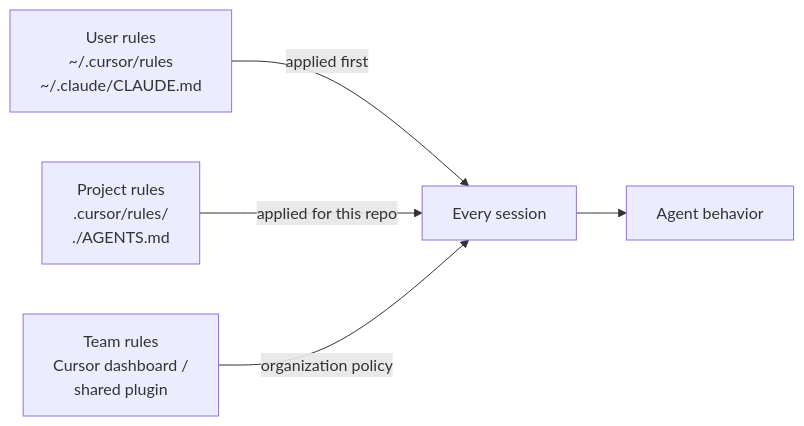
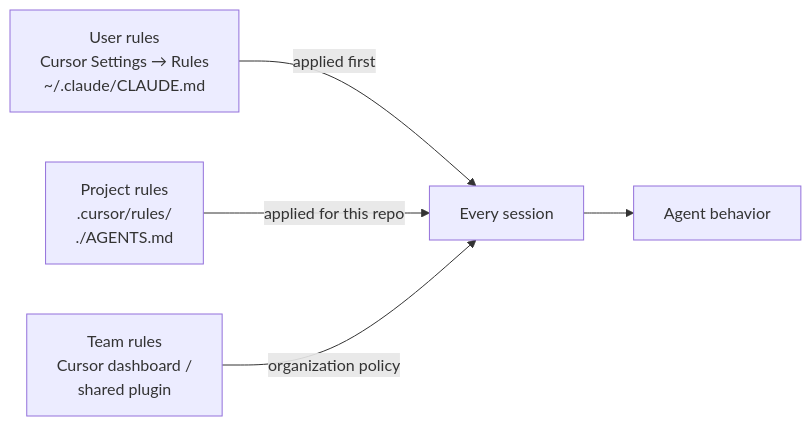
One commit to Isfhan/learn-agentic-coding changed the diagram in steps/07-rules-and-memory.md. Above: the diagram before and after it, drawn with Mermaid. The commit also changed other lines of this file and 41 other files, not shown here.

````diff
--- a/steps/07-rules-and-memory.md
+++ b/steps/07-rules-and-memory.md
@@ -37,7 +37,7 @@
 ```mermaid
 flowchart LR
-    U[User rules<br/>~/.cursor/rules<br/>~/.claude/CLAUDE.md] -->|applied first| X[Every session]
+    U[User rules<br/>Cursor Settings → Rules<br/>~/.claude/CLAUDE.md] -->|applied first| X[Every session]
     P[Project rules<br/>.cursor/rules/<br/>./AGENTS.md] -->|applied for this repo| X
     T[Team rules<br/>Cursor dashboard /<br/>shared plugin] -->|organization policy| X
     X --> Y[Agent behavior]
 ```
````
